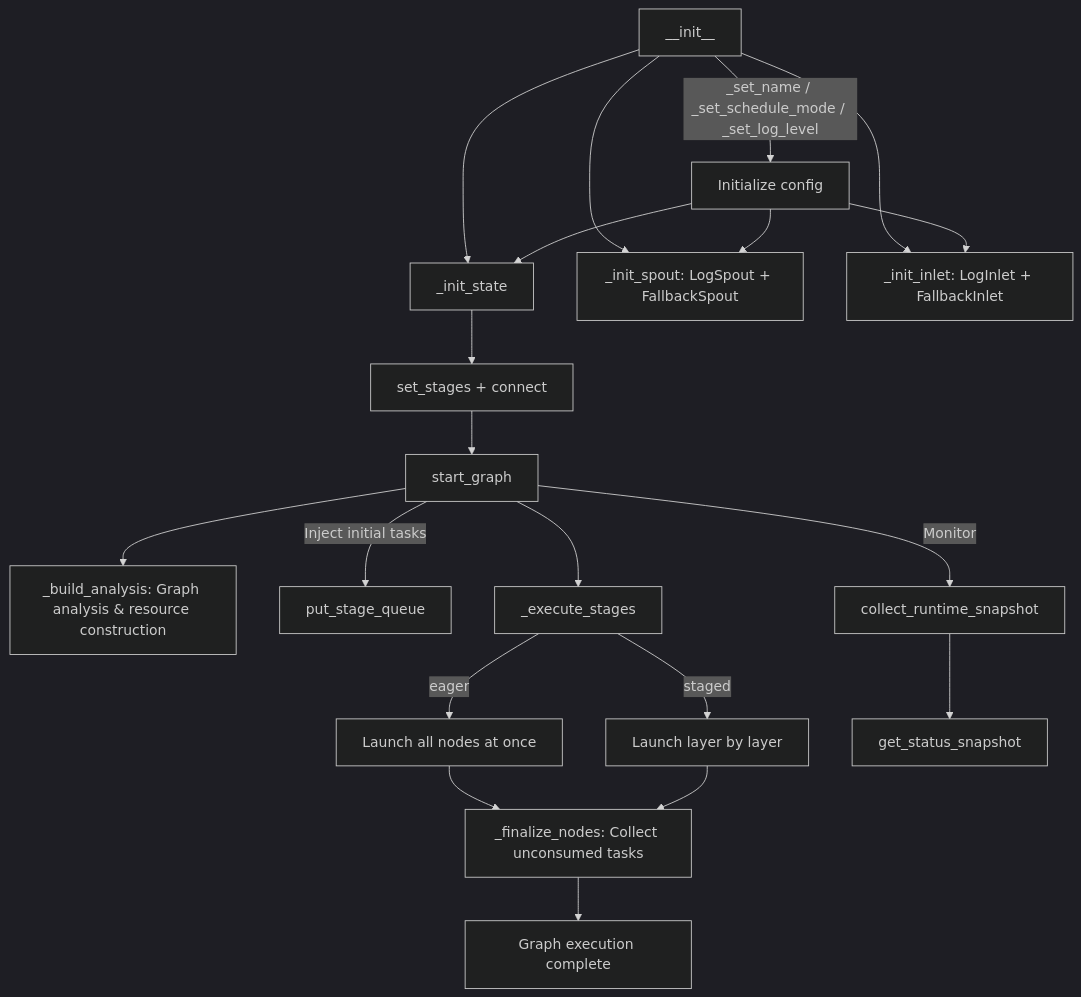
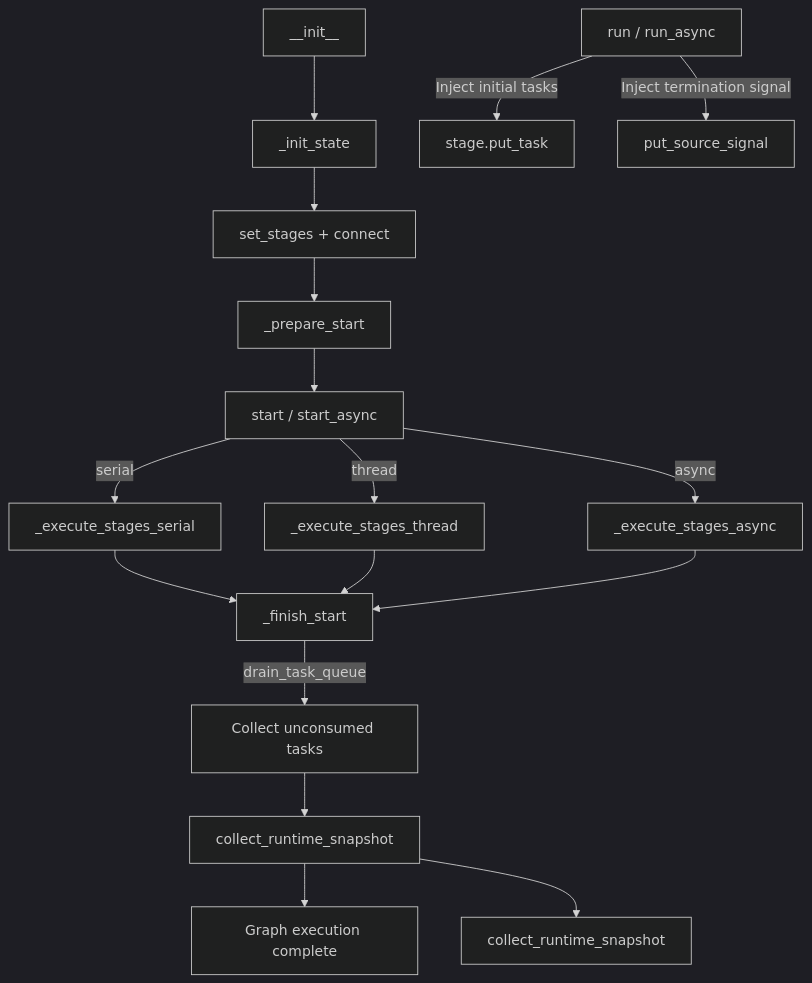
The diagram in docs/en/src/graph/core_graph.md (Mr-xiaotian/CelestialFlow), drawn with Mermaid (dark theme) before and after one commit. The commit also changed other lines of this file and 233 other files, not shown here.

````diff
--- a/docs/en/src/graph/core_graph.md
+++ b/docs/en/src/graph/core_graph.md
@@ -252,23 +288,21 @@
 ```mermaid
 flowchart TD
-    INIT[__init__] -->|_set_name / _set_schedule_mode / _set_log_level| SET[Initialize config]
-    INIT --> STATE[_init_state]
-    INIT --> SPOUT[_init_spout: LogSpout + FallbackSpout]
-    INIT --> INLET[_init_inlet: LogInlet + FallbackInlet]
-    SET --> STATE
-    SET --> SPOUT
-    SET --> INLET
-    STATE --> BUILD[set_stages + connect]
-    BUILD --> START[start_graph]
-    START --> ANALYSIS[_build_analysis: Graph analysis & resource construction]
-    START -->|Inject initial tasks| PUT[put_stage_queue]
-    START --> EXEC[_execute_stages]
-    EXEC -->|eager| ALL[Launch all nodes at once]
-    EXEC -->|staged| LAYER[Launch layer by layer]
-    ALL --> FINALIZE[_finalize_nodes: Collect unconsumed tasks]
-    LAYER --> FINALIZE
-    FINALIZE --> END[Graph execution complete]
+    INIT[__init__] --> INIT_STATE[_init_state]
+    INIT_STATE --> BUILD[set_stages + connect]
+    BUILD --> PREPARE[_prepare_start]
+    PREPARE --> START[start / start_async]
+    START -->|serial| SER[_execute_stages_serial]
+    START -->|thread| THR[_execute_stages_thread]
+    START -->|async| ASY[_execute_stages_async]
+    SER --> FINISH[_finish_start]
+    THR --> FINISH
+    ASY --> FINISH
+    FINISH -->|drain_task_queue| DRAIN[Collect unconsumed tasks]
+    DRAIN --> SNAP[collect_runtime_snapshot]
+    SNAP --> END[Graph execution complete]
 
-    START -->|Monitor| SNAPSHOT[collect_runtime_snapshot]
-    SNAPSHOT --> STATUS[get_status_snapshot]
+    SNAP --> STATUS[collect_runtime_snapshot]
+
+    RUN[run / run_async] -->|Inject initial tasks| PUT[stage.put_task]
+    RUN -->|Inject termination signal| SIGNAL[put_source_signal]
 ```
````
